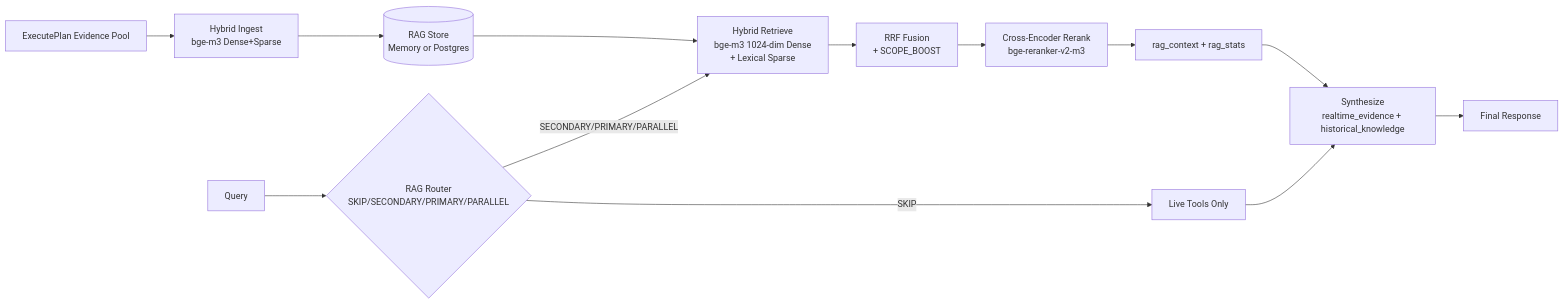
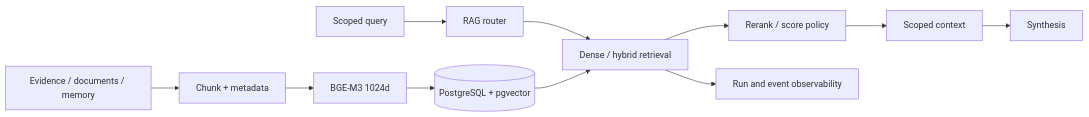
The diagram in docs/05_RAG_ARCHITECTURE.md (kkkano/FinSight), drawn with Mermaid before and after one commit. The commit also changed other lines of this file and 70 other files, not shown here.

Commit message:
docs: align architecture and archive superseded material

````diff
--- a/docs/05_RAG_ARCHITECTURE.md
+++ b/docs/05_RAG_ARCHITECTURE.md
@@ -56,15 +14,13 @@
 ```mermaid
 flowchart LR
-  EXEC[ExecutePlan Evidence Pool] --> INGEST[Hybrid Ingest<br/>bge-m3 Dense+Sparse]
-  INGEST --> STORE[(RAG Store<br/>Memory or Postgres)]
-  Q[Query] --> ROUTER{RAG Router<br/>SKIP/SECONDARY/PRIMARY/PARALLEL}
-  ROUTER -->|SKIP| LIVE[Live Tools Only]
-  ROUTER -->|SECONDARY/PRIMARY/PARALLEL| RETR[Hybrid Retrieve<br/>bge-m3 1024-dim Dense<br/>+ Lexical Sparse]
-  STORE --> RETR
-  RETR --> RRF[RRF Fusion<br/>+ SCOPE_BOOST]
-  RRF --> RERANK[Cross-Encoder Rerank<br/>bge-reranker-v2-m3]
-  RERANK --> OUTCTX[rag_context + rag_stats]
-  OUTCTX --> SYN[Synthesize<br/>realtime_evidence + historical_knowledge]
-  LIVE --> SYN
-  SYN --> RESP[Final Response]
+    SRC[Evidence / documents / memory] --> CHUNK[Chunk + metadata]
+    CHUNK --> EMB[BGE-M3 1024d]
+    EMB --> PG[(PostgreSQL + pgvector)]
+    QUERY[Scoped query] --> ROUTE[RAG router]
+    ROUTE --> RETRIEVE[Dense / hybrid retrieval]
+    PG --> RETRIEVE
+    RETRIEVE --> RERANK[Rerank / score policy]
+    RERANK --> CONTEXT[Scoped context]
+    CONTEXT --> SYNTH[Synthesis]
+    RETRIEVE --> OBS[Run and event observability]
 ```
````
